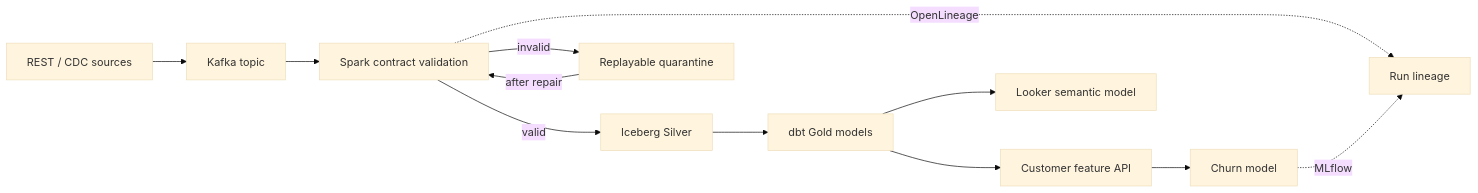
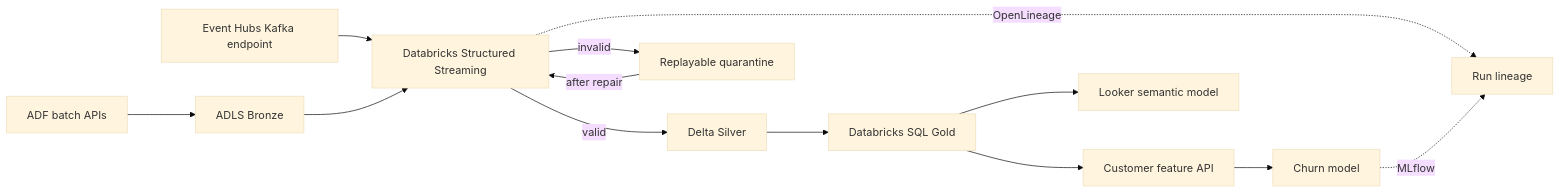
One commit to chetan10510/driftops-ai changed the diagram in docs/ARCHITECTURE.md. Above: the diagram before and after it, drawn with Mermaid (base theme). The commit also changed other lines of this file and 31 other files, not shown here.

````diff
--- a/docs/ARCHITECTURE.md
+++ b/docs/ARCHITECTURE.md
@@ -5,14 +5,15 @@
 ```mermaid
 flowchart LR
-  A[REST / CDC sources] --> B[Kafka topic]
-  B --> C[Spark contract validation]
-  C -->|valid| D[Iceberg Silver]
+  A[ADF batch APIs] --> B[ADLS Bronze]
+  K[Event Hubs Kafka endpoint] --> C[Databricks Structured Streaming]
+  B --> C
+  C -->|valid| D[Delta Silver]
   C -->|invalid| Q[Replayable quarantine]
-  D --> E[dbt Gold models]
+  D --> E[Databricks SQL Gold]
   E --> F[Customer feature API]
   E --> G[Looker semantic model]
   F --> H[Churn model]
   Q -->|after repair| C
   C -. OpenLineage .-> O[Run lineage]
   H -. MLflow .-> O
 ```
````
